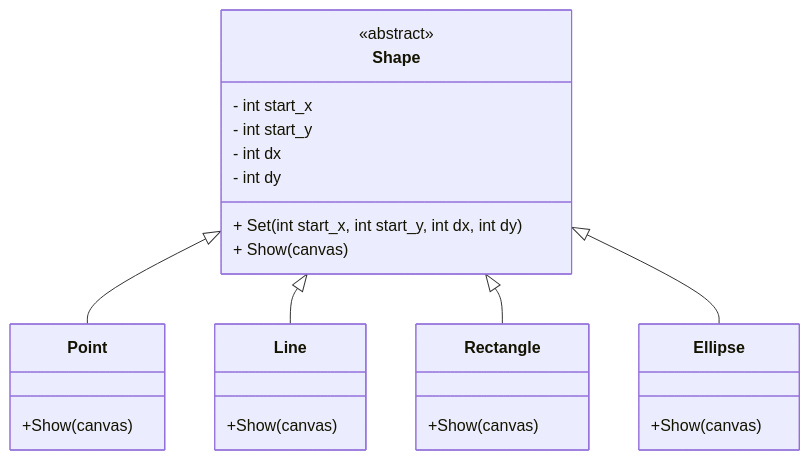
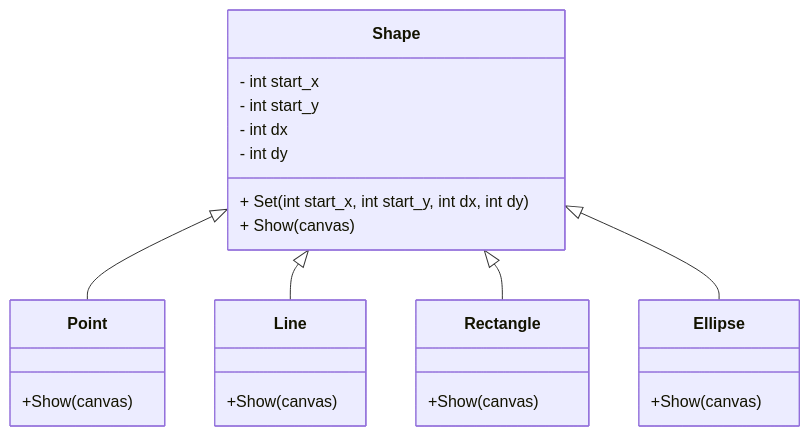
Before and after one commit to cyjiky/OOP-Course: the diagram in Lab2/README.md, drawn with Mermaid. The commit also changed other lines of this file and 5 other files, not shown here.

````diff
--- a/Lab2/README.md
+++ b/Lab2/README.md
@@ -70,33 +70,32 @@
 ```mermaid 
 classDiagram
   class Shape {
-    <<abstract>>
     - int start_x
     - int start_y
     - int dx
     - int dy
     + Set(int start_x, int start_y, int dx, int dy)
     + Show(canvas)
   }
-
+  
   class Point {
     +Show(canvas)
   }
 
   class Line {
     +Show(canvas)
   }
 
   class Rectangle {
     +Show(canvas)
   }
 
   class Ellipse {
     +Show(canvas)
   }
 
   Shape <|-- Point
   Shape <|-- Line
   Shape <|-- Rectangle
   Shape <|-- Ellipse
 ```
````
